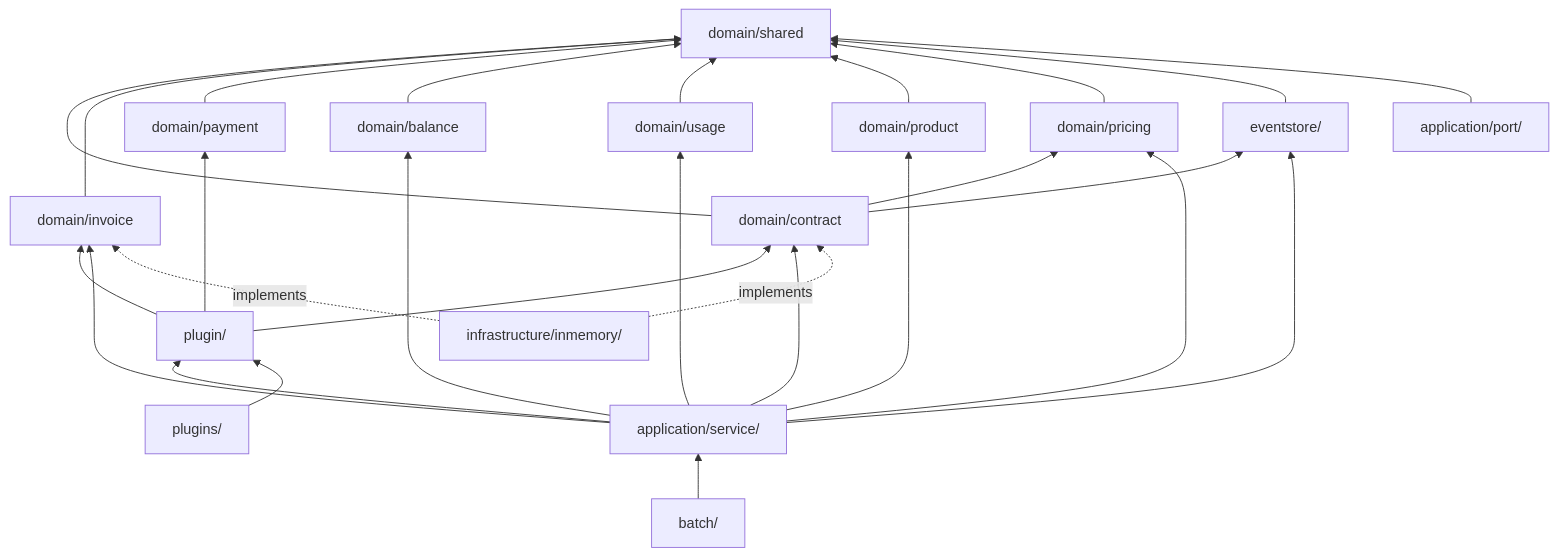
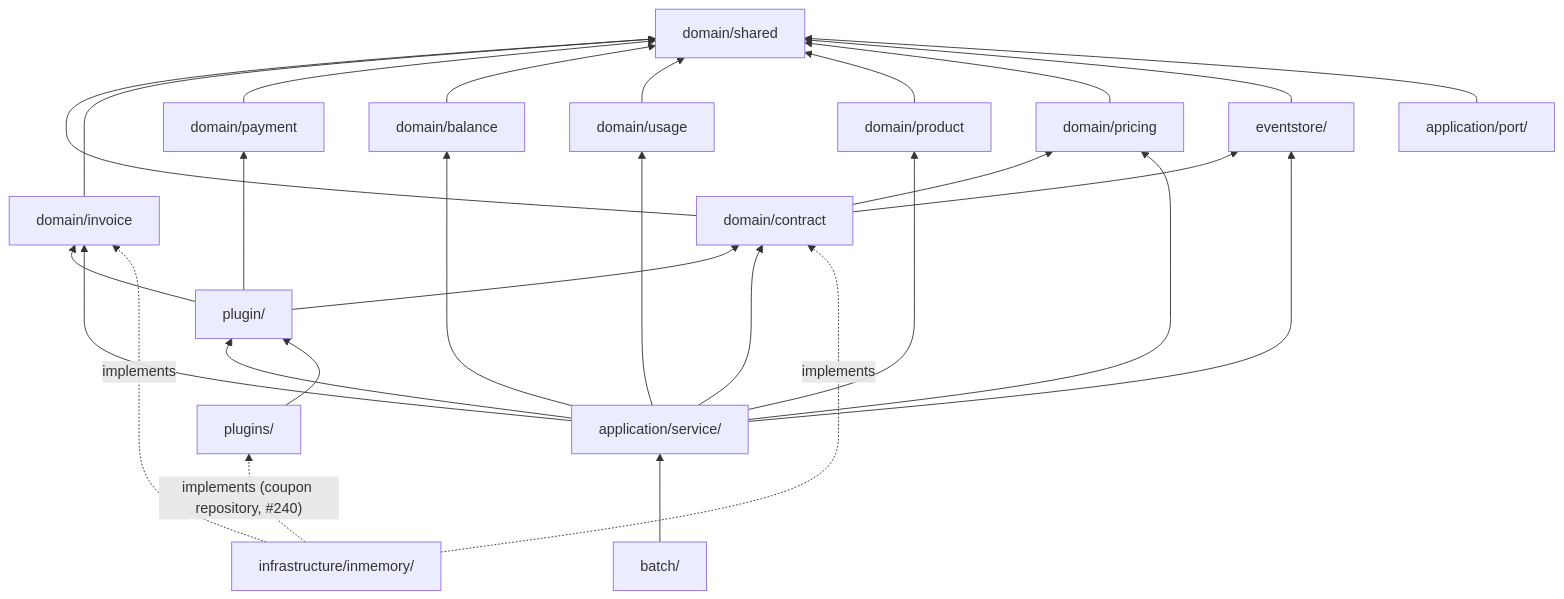
One commit to contract-to-cash/core changed the third of 5 diagrams in docs/architecture.md. Above: the diagram before and after it, drawn with Mermaid. The commit also changed 4 other files, not shown here.

````diff
--- a/docs/architecture.md
+++ b/docs/architecture.md
@@ -85,30 +85,31 @@
 ```mermaid
 graph BT
     shared["domain/shared"]
     contract["domain/contract"] --> shared
     invoice["domain/invoice"] --> shared
     payment["domain/payment"] --> shared
     balance["domain/balance"] --> shared
     usage["domain/usage"] --> shared
     product["domain/product"] --> shared
     pricing["domain/pricing"] --> shared
     contract --> pricing
     eventstore["eventstore/"] --> shared
     contract --> eventstore
     plugin["plugin/"] --> contract
     plugin --> invoice
     plugin --> payment
     appService["application/service/"] --> contract
     appService --> invoice
     appService --> usage
     appService --> balance
     appService --> pricing
     appService --> product
     appService --> plugin
     appService --> eventstore
     port["application/port/"] --> shared
     infra["infrastructure/inmemory/"] -.->|implements| contract
     infra -.->|implements| invoice
     plugins["plugins/"] --> plugin
+    infra -.->|"implements (coupon repository, #240)"| plugins
     batch["batch/"] --> appService
 ```
````
